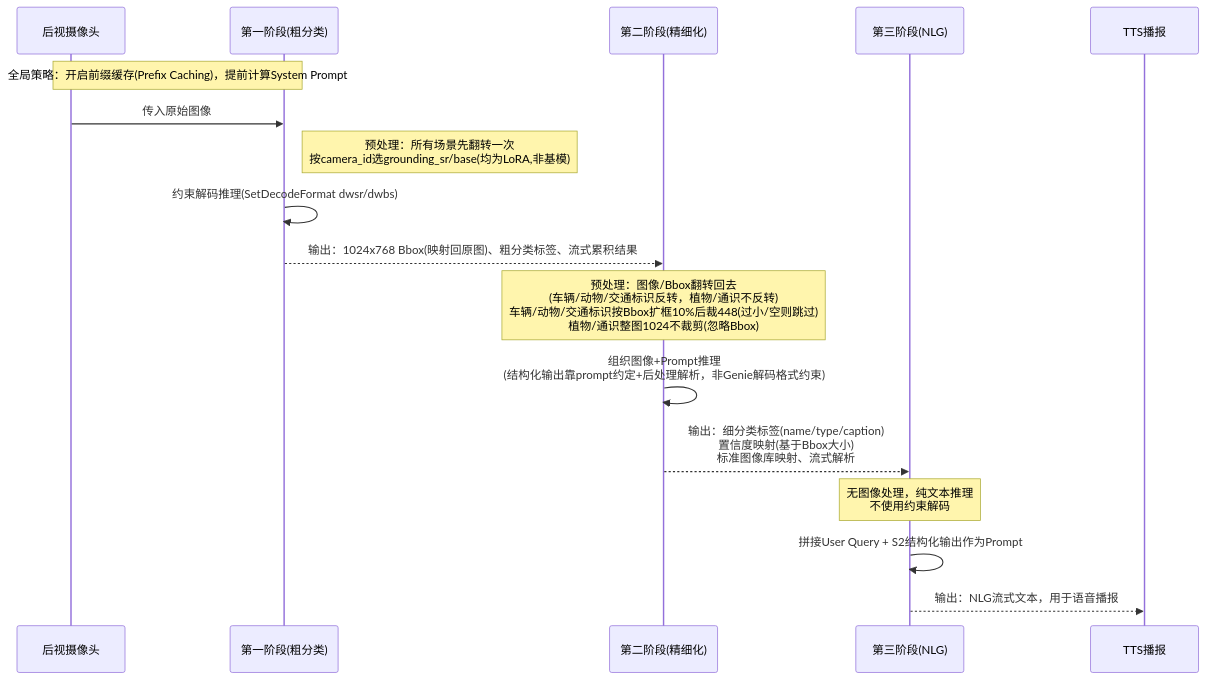
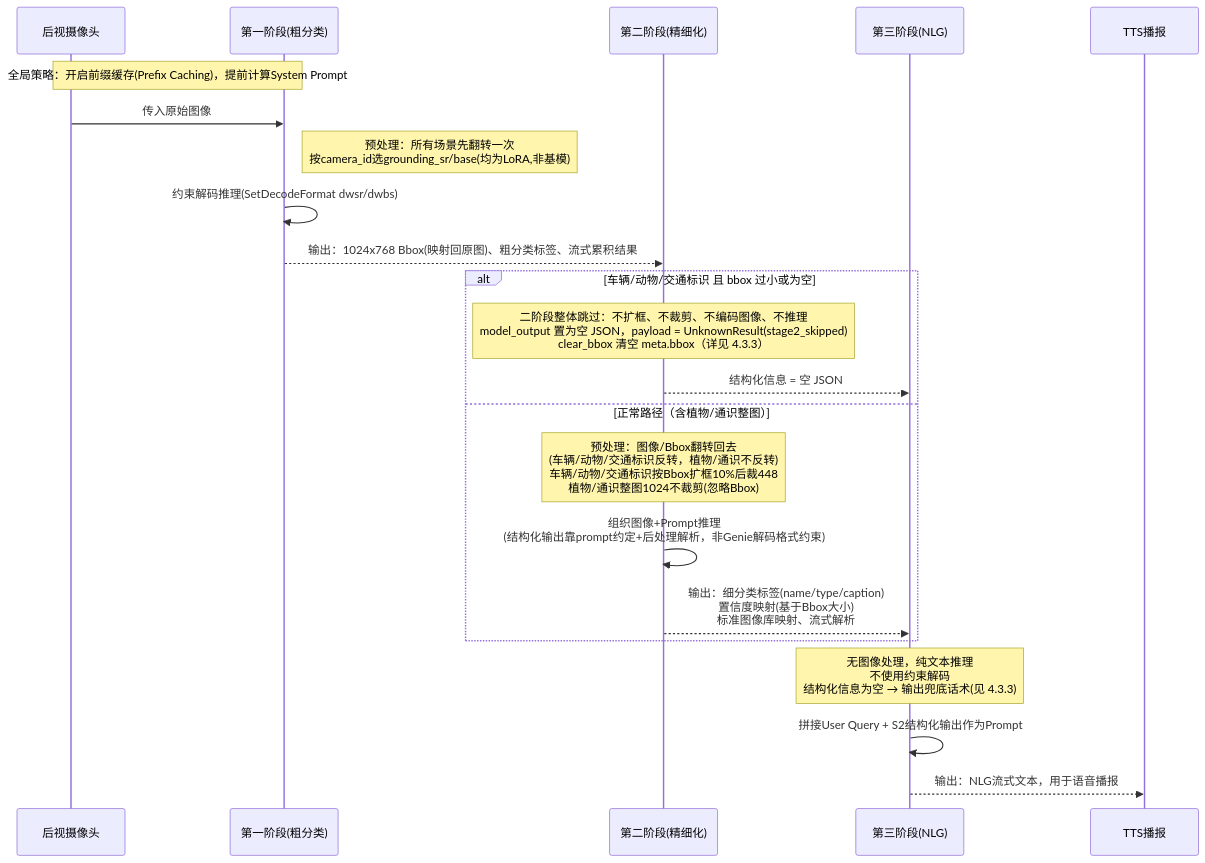
One commit to ranpin/edge-ai-docs changed the third of 3 diagrams in cockpit/projects/lantu/genai-architecture.md. Above: the diagram before and after it, drawn with Mermaid. The commit also changed other lines of this file, not shown here.

First line of the commit message:
docs: genai §4.3 补 bbox 门限降级链路

````diff
--- a/cockpit/projects/lantu/genai-architecture.md
+++ b/cockpit/projects/lantu/genai-architecture.md
@@ -337,23 +337,28 @@
 ```mermaid
 sequenceDiagram
     participant Cam as 后视摄像头
     participant S1 as 第一阶段(粗分类)
     participant S2 as 第二阶段(精细化)
     participant S3 as 第三阶段(NLG)
     participant TTS as TTS播报
 
     Note over Cam,S1: 全局策略：开启前缀缓存(Prefix Caching)，提前计算System Prompt
 
     Cam->>S1: 传入原始图像
     Note right of S1: 预处理：所有场景先翻转一次<br/>按camera_id选grounding_sr/base(均为LoRA,非基模)
     S1->>S1: 约束解码推理(SetDecodeFormat dwsr/dwbs)
     S1-->>S2: 输出：1024x768 Bbox(映射回原图)、粗分类标签、流式累积结果
 
-    Note over S2: 预处理：图像/Bbox翻转回去<br/>(车辆/动物/交通标识反转，植物/通识不反转)<br/>车辆/动物/交通标识按Bbox扩框10%后裁448(过小/空则跳过)<br/>植物/通识整图1024不裁剪(忽略Bbox)
-    S2->>S2: 组织图像+Prompt推理<br/>(结构化输出靠prompt约定+后处理解析，非Genie解码格式约束)
-    S2-->>S3: 输出：细分类标签(name/type/caption)<br/>置信度映射(基于Bbox大小)<br/>标准图像库映射、流式解析
+    alt 车辆/动物/交通标识 且 bbox 过小或为空
+        Note over S2: 二阶段整体跳过：不扩框、不裁剪、不编码图像、不推理<br/>model_output 置为空 JSON，payload = UnknownResult(stage2_skipped)<br/>clear_bbox 清空 meta.bbox（详见 4.3.3）
+        S2-->>S3: 结构化信息 = 空 JSON
+    else 正常路径（含植物/通识整图）
+        Note over S2: 预处理：图像/Bbox翻转回去<br/>(车辆/动物/交通标识反转，植物/通识不反转)<br/>车辆/动物/交通标识按Bbox扩框10%后裁448<br/>植物/通识整图1024不裁剪(忽略Bbox)
+        S2->>S2: 组织图像+Prompt推理<br/>(结构化输出靠prompt约定+后处理解析，非Genie解码格式约束)
+        S2-->>S3: 输出：细分类标签(name/type/caption)<br/>置信度映射(基于Bbox大小)<br/>标准图像库映射、流式解析
+    end
 
-    Note over S3: 无图像处理，纯文本推理<br/>不使用约束解码
+    Note over S3: 无图像处理，纯文本推理<br/>不使用约束解码<br/>结构化信息为空 → 输出兜底话术(见 4.3.3)
     S3->>S3: 拼接User Query + S2结构化输出作为Prompt
     S3-->>TTS: 输出：NLG流式文本，用于语音播报
 ```
````
